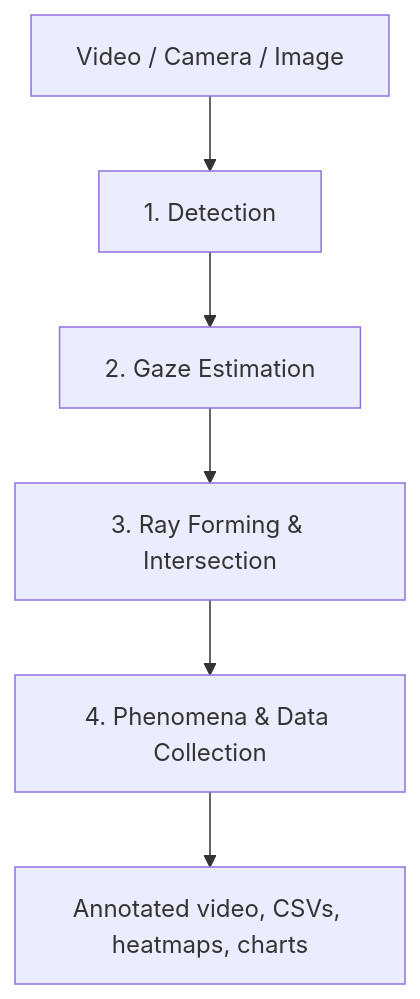
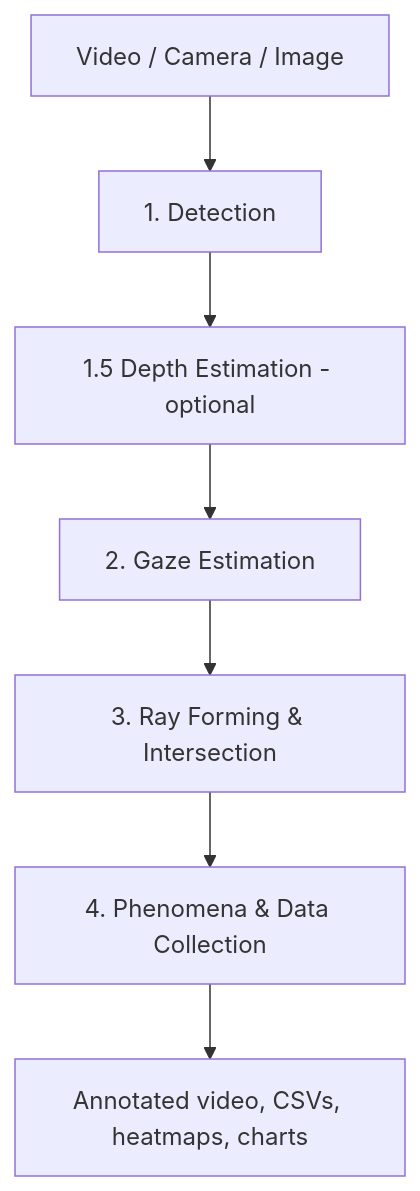
Before and after one commit to kylen-d/mindsight: the diagram in docs/concepts/pipeline.md, drawn with Mermaid. The commit also changed other lines of this file and 9 other files, not shown here.

````diff
--- a/docs/concepts/pipeline.md
+++ b/docs/concepts/pipeline.md
@@ -15,8 +15,9 @@
 ```mermaid
 flowchart TD
     A[Video / Camera / Image] --> B[1. Detection]
-    B --> C[2. Gaze Estimation]
+    B --> B2[1.5 Depth Estimation - optional]
+    B2 --> C[2. Gaze Estimation]
     C --> D[3. Ray Forming &amp; Intersection]
     D --> E[4. Phenomena &amp; Data Collection]
     E --> F[Annotated video, CSVs, heatmaps, charts]
 ```
````
